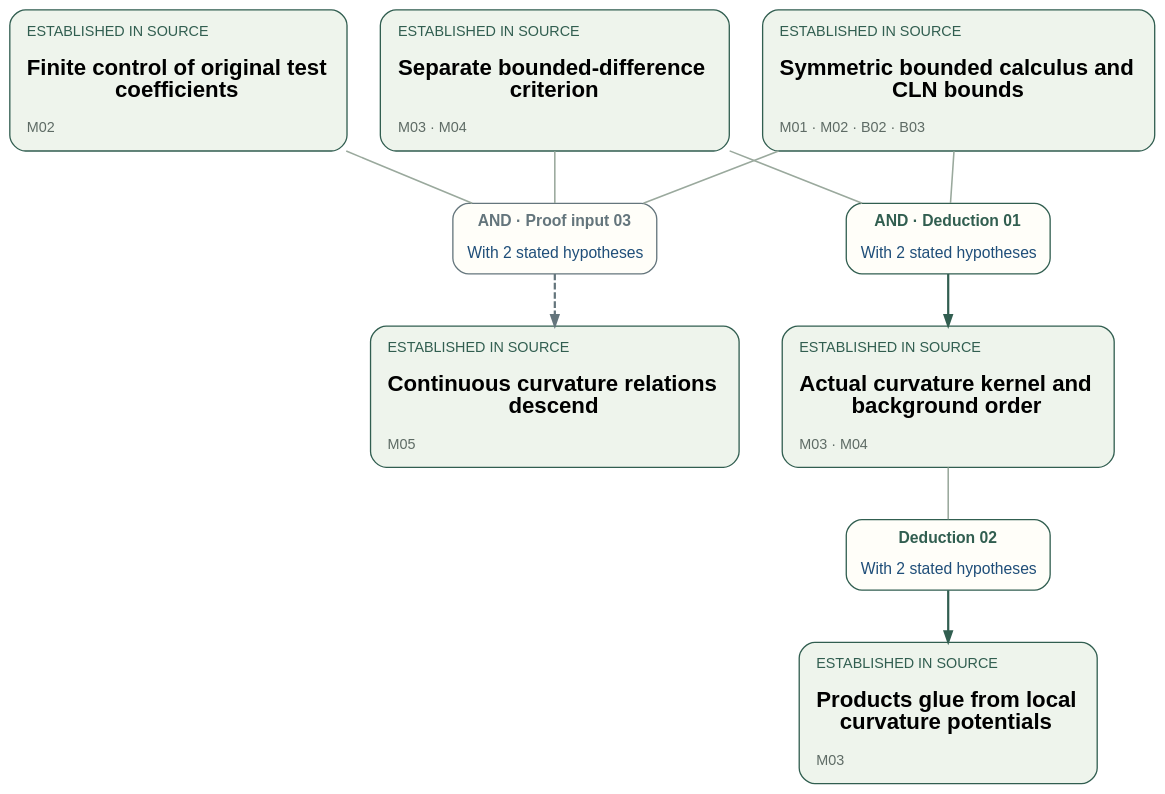
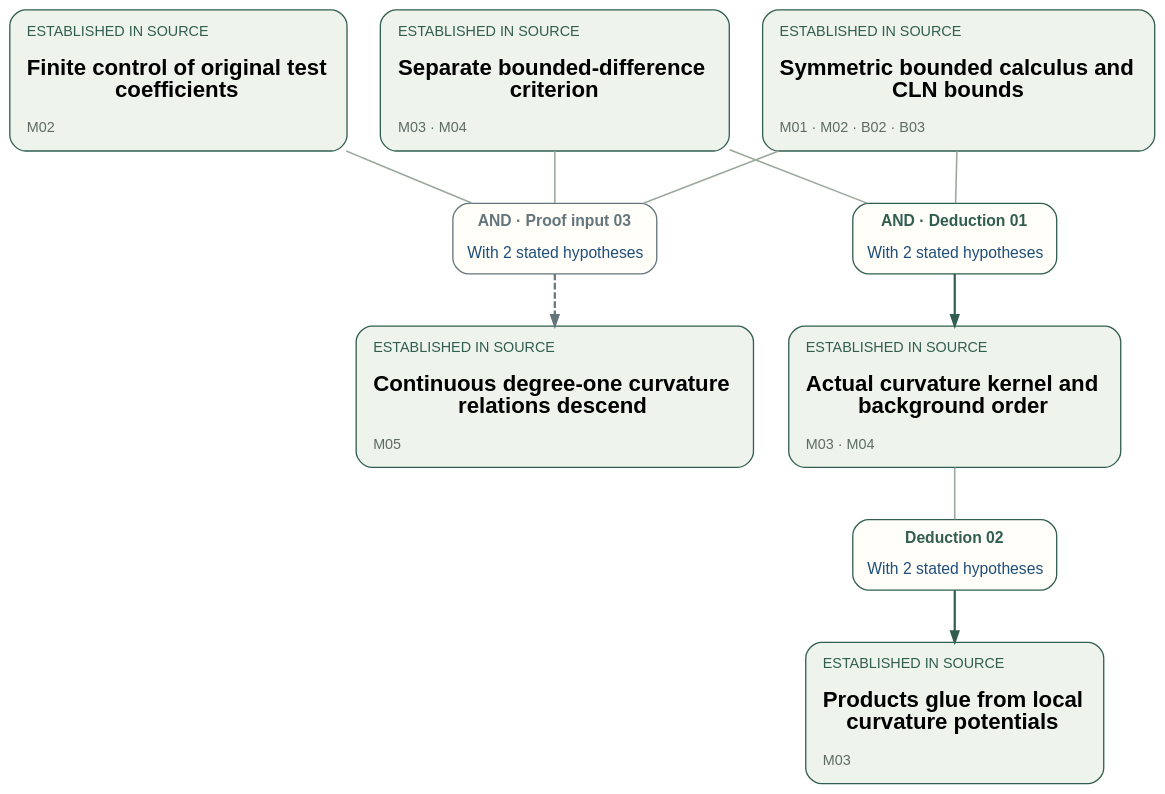
Before and after one commit to DongKaicheng/math-research-atlas: the diagram in content/bedford-taylor/logic-diagrams/bounded-calculus-and-relative-capacity-core-curvature-panel.dot, drawn with Graphviz. The commit also changed 31 other files, not shown here.

First line of the commit message:
Add the overall Bedford–Taylor logical map

```diff
--- a/content/bedford-taylor/logic-diagrams/bounded-calculus-and-relative-capacity-core-curvature-panel.dot
+++ b/content/bedford-taylor/logic-diagrams/bounded-calculus-and-relative-capacity-core-curvature-panel.dot
@@ -1,23 +1,23 @@
 digraph "bounded-calculus-and-relative-capacity-core-curvature-panel" {
 graph [id="svg-bounded-calculus-and-relative-capacity-core-curvature-panel",rankdir=TB,bgcolor="transparent",fontname="Arial",pad="0.2",nodesep="0.35",ranksep="0.55",splines=polyline,pack=true,packmode="array_u1"];
 node [fontname="Arial",fontsize=16,shape=box,style="rounded,filled",color="#aebeb1",fillcolor="#fffef9",margin="0.09,0.06"];
 edge [fontname="Arial",fontsize=12,color="#315e50",penwidth=1.7,arrowsize=0.8];
 "n-core-coefficient-control" [id="bounded-calculus-and-relative-capacity-core-curvature-panel-n-core-coefficient-control",label=<<TABLE BORDER="0" CELLBORDER="0" CELLSPACING="0" CELLPADDING="7"><TR><TD ALIGN="LEFT"><FONT POINT-SIZE="11" COLOR="#315e50">ESTABLISHED IN SOURCE</FONT></TD></TR><TR><TD ALIGN="LEFT"><FONT POINT-SIZE="17"><B>Finite control of original test<BR ALIGN="LEFT"/>coefficients</B></FONT></TD></TR><TR><TD ALIGN="LEFT"><FONT POINT-SIZE="11" COLOR="#5e6b65">M02</FONT></TD></TR></TABLE>>,color="#315e50",fillcolor="#eef4ec",URL="/math-research-atlas/projects/bedford-taylor/papers/bedford-taylor-products/#lem:finite-control",tooltip="A positive current has Radon coefficient measures. On each compact original test presentation, one positive trace controls all coefficient variations and bounded Borel multiplication. Positivity and the estimate survive actual moment refinements, including rank drops."];
 "n-core-bounded-calculus" [id="bounded-calculus-and-relative-capacity-core-curvature-panel-n-core-bounded-calculus",label=<<TABLE BORDER="0" CELLBORDER="0" CELLSPACING="0" CELLPADDING="7"><TR><TD ALIGN="LEFT"><FONT POINT-SIZE="11" COLOR="#315e50">ESTABLISHED IN SOURCE</FONT></TD></TR><TR><TD ALIGN="LEFT"><FONT POINT-SIZE="17"><B>Symmetric bounded calculus and<BR ALIGN="LEFT"/>CLN bounds</B></FONT></TD></TR><TR><TD ALIGN="LEFT"><FONT POINT-SIZE="11" COLOR="#5e6b65">M01 · M02 · B02 · B03</FONT></TD></TR></TABLE>>,color="#315e50",fillcolor="#eef4ec",URL="/math-research-atlas/projects/bedford-taylor/papers/bedford-taylor-products/#cor:full-calculus",tooltip="Ordered products become symmetric in their potential slots, while retaining positivity, separate closedness, ordinary locality and weighted decreasing continuity. Relative CLN bounds control compact coefficient mass. This node does not yet assert that changing a potential while preserving its curvature leaves every background product unchanged."];
 "n-core-difference-criterion" [id="bounded-calculus-and-relative-capacity-core-curvature-panel-n-core-difference-criterion",label=<<TABLE BORDER="0" CELLBORDER="0" CELLSPACING="0" CELLPADDING="7"><TR><TD ALIGN="LEFT"><FONT POINT-SIZE="11" COLOR="#315e50">ESTABLISHED IN SOURCE</FONT></TD></TR><TR><TD ALIGN="LEFT"><FONT POINT-SIZE="17"><B>Separate bounded-difference<BR ALIGN="LEFT"/>criterion</B></FONT></TD></TR><TR><TD ALIGN="LEFT"><FONT POINT-SIZE="11" COLOR="#5e6b65">M03 · M04</FONT></TD></TR></TABLE>>,color="#315e50",fillcolor="#eef4ec",URL="/math-research-atlas/projects/bedford-taylor/papers/bedford-taylor-products/#thm:difference-criterion",tooltip="For an actual function h locally expressible as a difference of bounded classical psh functions, D[h] is positive if and only if h itself is classical psh. This is a separately adopted analytic input, with curve order transfer and recovery of the actual upper-semicontinuous representative."];
 "n-core-curvature-invariance" [id="bounded-calculus-and-relative-capacity-core-curvature-panel-n-core-curvature-invariance",label=<<TABLE BORDER="0" CELLBORDER="0" CELLSPACING="0" CELLPADDING="7"><TR><TD ALIGN="LEFT"><FONT POINT-SIZE="11" COLOR="#315e50">ESTABLISHED IN SOURCE</FONT></TD></TR><TR><TD ALIGN="LEFT"><FONT POINT-SIZE="17"><B>Actual curvature kernel and<BR ALIGN="LEFT"/>background order</B></FONT></TD></TR><TR><TD ALIGN="LEFT"><FONT POINT-SIZE="11" COLOR="#5e6b65">M03 · M04</FONT></TD></TR></TABLE>>,color="#315e50",fillcolor="#eef4ec",URL="/math-research-atlas/projects/bedford-taylor/papers/bedford-taylor-products/#thm:actual-kernel",tooltip="The kernel on bounded classical differences consists of actual continuous functions whose two signs are classical psh. Curvature order D[u] >= D[v] transfers to D(uS) >= D(vS); equality therefore permits replacement of any potential slot by another with the same curvature."];
 "n-core-potential-gluing" [id="bounded-calculus-and-relative-capacity-core-curvature-panel-n-core-potential-gluing",label=<<TABLE BORDER="0" CELLBORDER="0" CELLSPACING="0" CELLPADDING="7"><TR><TD ALIGN="LEFT"><FONT POINT-SIZE="11" COLOR="#315e50">ESTABLISHED IN SOURCE</FONT></TD></TR><TR><TD ALIGN="LEFT"><FONT POINT-SIZE="17"><B>Products glue from local<BR ALIGN="LEFT"/>curvature potentials</B></FONT></TD></TR><TR><TD ALIGN="LEFT"><FONT POINT-SIZE="11" COLOR="#5e6b65">M03</FONT></TD></TR></TABLE>>,color="#315e50",fillcolor="#eef4ec",URL="/math-research-atlas/projects/bedford-taylor/papers/bedford-taylor-products/#cor:potential-current-products",tooltip="When each curvature current locally has a bounded classical potential, the local mixed products agree on overlaps. They define a unique positive, separately closed, symmetric product of those curvature currents and the chosen background."];
-"n-core-continuous-module" [id="bounded-calculus-and-relative-capacity-core-curvature-panel-n-core-continuous-module",label=<<TABLE BORDER="0" CELLBORDER="0" CELLSPACING="0" CELLPADDING="7"><TR><TD ALIGN="LEFT"><FONT POINT-SIZE="11" COLOR="#315e50">ESTABLISHED IN SOURCE</FONT></TD></TR><TR><TD ALIGN="LEFT"><FONT POINT-SIZE="17"><B>Continuous curvature relations<BR ALIGN="LEFT"/>descend</B></FONT></TD></TR><TR><TD ALIGN="LEFT"><FONT POINT-SIZE="11" COLOR="#5e6b65">M05</FONT></TD></TR></TABLE>>,color="#315e50",fillcolor="#eef4ec",URL="/math-research-atlas/projects/bedford-taylor/papers/bedford-taylor-products/#thm:continuous-relations",tooltip="Finite continuous-coefficient relations between degree-one curvature currents remain relations after inserting a fixed positive closed background. Applying this one slot at a time gives a well-defined positive symmetric mixed operation on the continuous curvature module."];
+"n-core-continuous-module" [id="bounded-calculus-and-relative-capacity-core-curvature-panel-n-core-continuous-module",label=<<TABLE BORDER="0" CELLBORDER="0" CELLSPACING="0" CELLPADDING="7"><TR><TD ALIGN="LEFT"><FONT POINT-SIZE="11" COLOR="#315e50">ESTABLISHED IN SOURCE</FONT></TD></TR><TR><TD ALIGN="LEFT"><FONT POINT-SIZE="17"><B>Continuous degree-one curvature<BR ALIGN="LEFT"/>relations descend</B></FONT></TD></TR><TR><TD ALIGN="LEFT"><FONT POINT-SIZE="11" COLOR="#5e6b65">M05</FONT></TD></TR></TABLE>>,color="#315e50",fillcolor="#eef4ec",URL="/math-research-atlas/projects/bedford-taylor/papers/bedford-taylor-products/#thm:continuous-relations",tooltip="Finite continuous-coefficient relations between degree-one curvature currents remain relations after inserting a fixed positive closed background. Applying this one slot at a time gives a well-defined positive symmetric mixed operation on the continuous curvature module."];
 "r-core-r7-curvature-order" [id="bounded-calculus-and-relative-capacity-core-curvature-panel-r-core-r7-curvature-order",label=<<TABLE BORDER="0" CELLBORDER="0" CELLSPACING="0" CELLPADDING="5"><TR><TD><FONT POINT-SIZE="12" COLOR="#315e50"><B>AND · Deduction 01</B></FONT></TD></TR><TR><TD><FONT POINT-SIZE="12" COLOR="#1f4e79">With 2 stated hypotheses</FONT></TD></TR></TABLE>>,color="#315e50",fillcolor="#fffef9",URL="#logic-bounded-calculus-and-relative-capacity-core-r7-curvature-order",tooltip="Use actual bounded classical differences, rather than representatives modulo an almost-everywhere relation. For background order, u and v are bounded classical potentials and p < n; a mixed replacement uses a positive closed mixed tail with total degree at most n. Positive D[u-v] makes the actual difference u-v classical psh by the separate criterion; first-order positivity then gives D((u-v)S) >= 0. Equality follows in both orders, and symmetry moves any chosen slot to the front. For the kernel, apply the criterion to both signs: both are upper semicontinuous, hence the actual function is continuous; pointedness gives the converse."];
 "n-core-bounded-calculus" -> "r-core-r7-curvature-order" [id="bounded-calculus-and-relative-capacity-core-curvature-panel-input-core-r7-curvature-order-core-bounded-calculus",color="#9aa99d",penwidth=1.2,arrowhead=none];
 "n-core-difference-criterion" -> "r-core-r7-curvature-order" [id="bounded-calculus-and-relative-capacity-core-curvature-panel-input-core-r7-curvature-order-core-difference-criterion",color="#9aa99d",penwidth=1.2,arrowhead=none];
 "r-core-r7-curvature-order" -> "n-core-curvature-invariance" [id="bounded-calculus-and-relative-capacity-core-curvature-panel-output-core-r7-curvature-order",style="solid",color="#315e50",arrowhead="normal",];
 "r-core-r8-curvature-gluing" [id="bounded-calculus-and-relative-capacity-core-curvature-panel-r-core-r8-curvature-gluing",label=<<TABLE BORDER="0" CELLBORDER="0" CELLSPACING="0" CELLPADDING="5"><TR><TD><FONT POINT-SIZE="12" COLOR="#315e50"><B>Deduction 02</B></FONT></TD></TR><TR><TD><FONT POINT-SIZE="12" COLOR="#1f4e79">With 2 stated hypotheses</FONT></TD></TR></TABLE>>,color="#315e50",fillcolor="#fffef9",URL="#logic-bounded-calculus-and-relative-capacity-core-r8-curvature-gluing",tooltip="Each input current locally has a potential a_i in C_b with alpha_i = D[a_i]; the chosen background is fixed and k <= q. On overlaps, the two local potentials represent the same actual curvature current. Replace the local potentials one slot at a time on each overlap. Background invariance identifies the mixed currents, and the sheaf property of currents glues them uniquely. Positivity, symmetry and separate closedness pass from the local bounded products."];
 "n-core-curvature-invariance" -> "r-core-r8-curvature-gluing" [id="bounded-calculus-and-relative-capacity-core-curvature-panel-input-core-r8-curvature-gluing-core-curvature-invariance",color="#9aa99d",penwidth=1.2,arrowhead=none];
 "r-core-r8-curvature-gluing" -> "n-core-potential-gluing" [id="bounded-calculus-and-relative-capacity-core-curvature-panel-output-core-r8-curvature-gluing",style="solid",color="#315e50",arrowhead="normal",];
 "r-core-r9-continuous-relations" [id="bounded-calculus-and-relative-capacity-core-curvature-panel-r-core-r9-continuous-relations",label=<<TABLE BORDER="0" CELLBORDER="0" CELLSPACING="0" CELLPADDING="5"><TR><TD><FONT POINT-SIZE="12" COLOR="#64757c"><B>AND · Proof input 03</B></FONT></TD></TR><TR><TD><FONT POINT-SIZE="12" COLOR="#1f4e79">With 2 stated hypotheses</FONT></TD></TR></TABLE>>,color="#64757c",fillcolor="#fffef9",URL="#logic-bounded-calculus-and-relative-capacity-core-r9-continuous-relations",tooltip="Use finite presentations A = sum f_i D[g_i], with f_i continuous and g_i in C_b; equality and positivity are those of actual original currents. The mixed degree remains at most n; other curvature slots and the background are positive when positivity is asserted. Freeze the continuous coefficients on small neighborhoods. The bounded-difference criterion converts each positive frozen curvature combination into a classical psh potential, so first-order positivity transfers it to the background. Finite coefficient control makes the freezing error tend to zero. Transfer zero relations one slot at a time to obtain presentation independence; the same estimate proves positivity of the mixed operation."];
 "n-core-coefficient-control" -> "r-core-r9-continuous-relations" [id="bounded-calculus-and-relative-capacity-core-curvature-panel-input-core-r9-continuous-relations-core-coefficient-control",color="#9aa99d",penwidth=1.2,arrowhead=none];
 "n-core-bounded-calculus" -> "r-core-r9-continuous-relations" [id="bounded-calculus-and-relative-capacity-core-curvature-panel-input-core-r9-continuous-relations-core-bounded-calculus",color="#9aa99d",penwidth=1.2,arrowhead=none];
 "n-core-difference-criterion" -> "r-core-r9-continuous-relations" [id="bounded-calculus-and-relative-capacity-core-curvature-panel-input-core-r9-continuous-relations-core-difference-criterion",color="#9aa99d",penwidth=1.2,arrowhead=none];
 "r-core-r9-continuous-relations" -> "n-core-continuous-module" [id="bounded-calculus-and-relative-capacity-core-curvature-panel-output-core-r9-continuous-relations",style="dashed",color="#64757c",arrowhead="normal",];
 }
```
